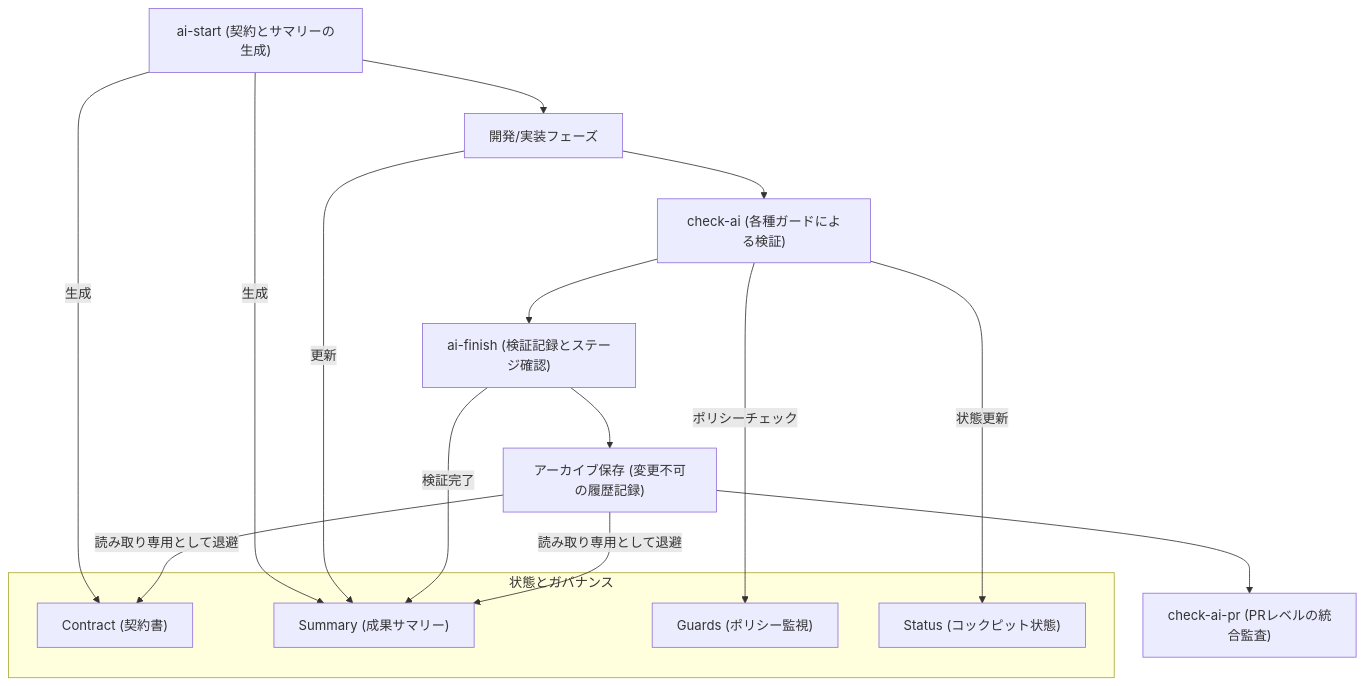
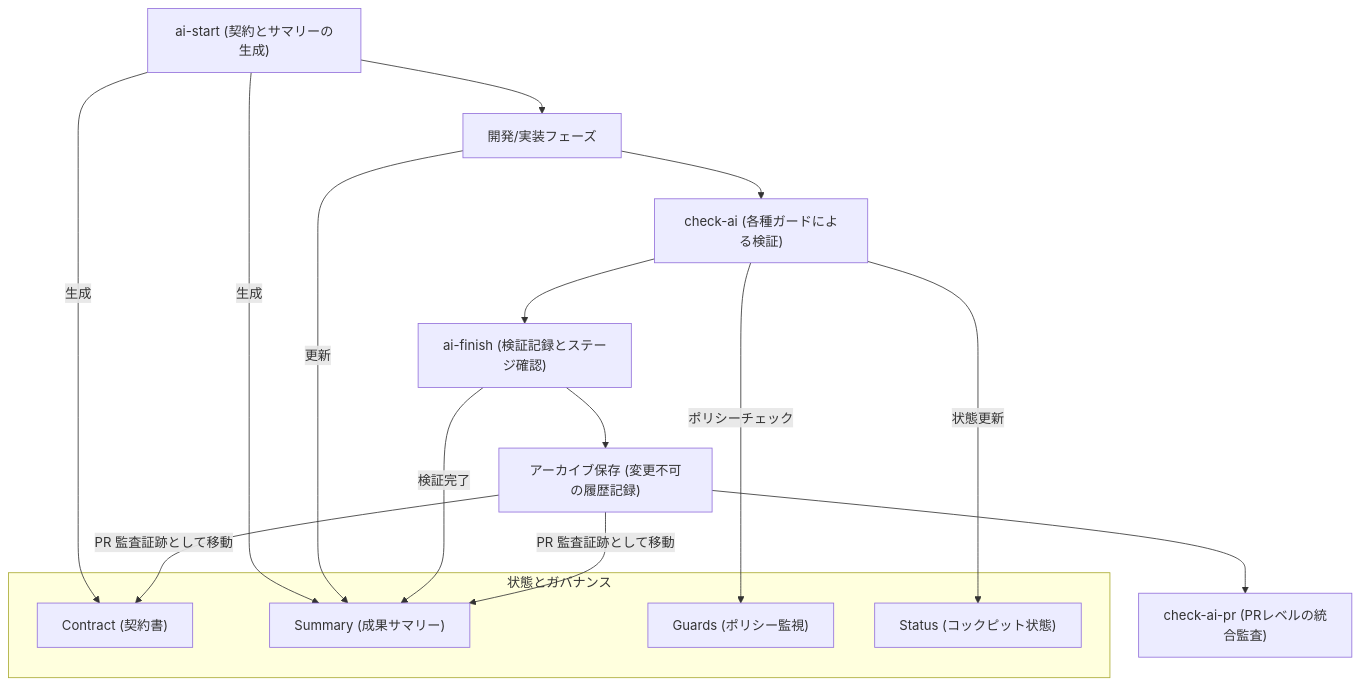
One commit to xinglun/ai-cockpit-template changed the diagram in docs/architecture.md. Above: the diagram before and after it, drawn with Mermaid. The commit also changed other lines of this file and 78 other files, not shown here.

````diff
--- a/docs/architecture.md
+++ b/docs/architecture.md
@@ -18,24 +18,24 @@
 ```mermaid
 graph TD
     Start["ai-start (契約とサマリーの生成)"] --> Dev["開発/実装フェーズ"]
     Dev --> Check["check-ai (各種ガードによる検証)"]
     Check --> Finish["ai-finish (検証記録とステージ確認)"]
     Finish --> Archive["アーカイブ保存 (変更不可の履歴記録)"]
     Archive --> PR["check-ai-pr (PRレベルの統合監査)"]
 
     subgraph 状態とガバナンス
         Contract["Contract (契約書)"]
         Summary["Summary (成果サマリー)"]
         Guards["Guards (ポリシー監視)"]
         Status["Status (コックピット状態)"]
     end
 
     Start -->|生成| Contract
     Start -->|生成| Summary
     Dev -->|更新| Summary
     Check -->|ポリシーチェック| Guards
     Check -->|状態更新| Status
     Finish -->|検証完了| Summary
-    Archive -->|読み取り専用として退避| Contract
-    Archive -->|読み取り専用として退避| Summary
+    Archive -->|PR 監査証跡として移動| Contract
+    Archive -->|PR 監査証跡として移動| Summary
 ```
````
